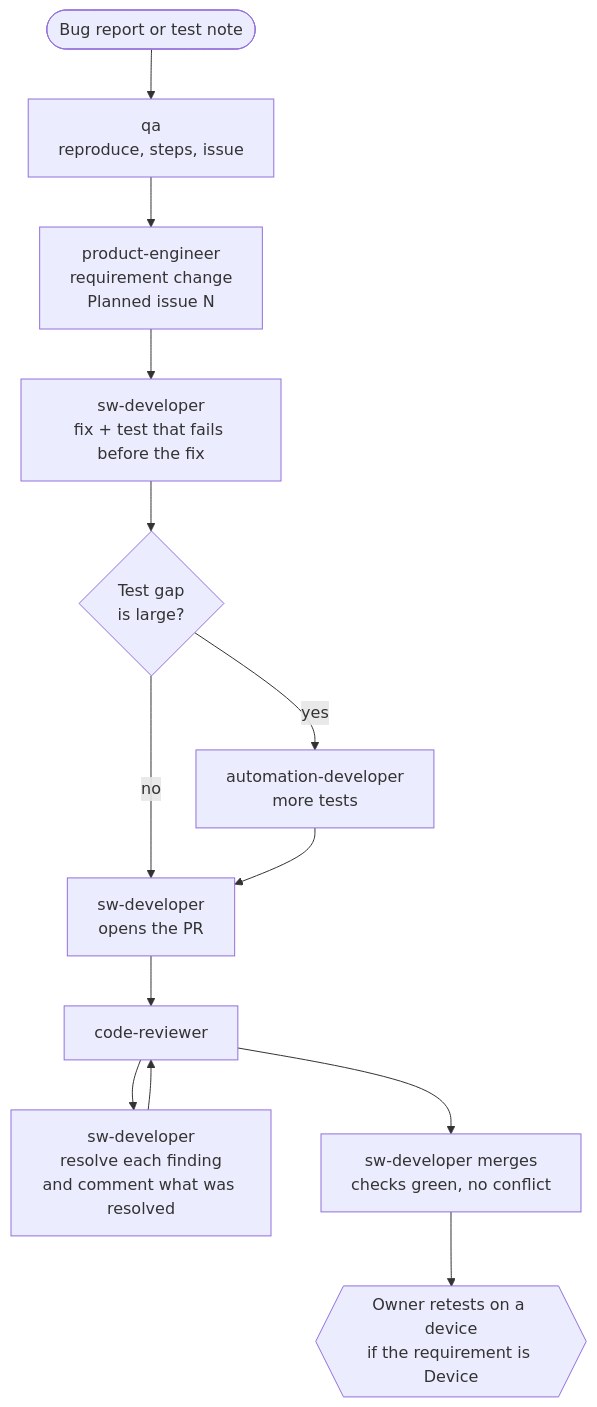
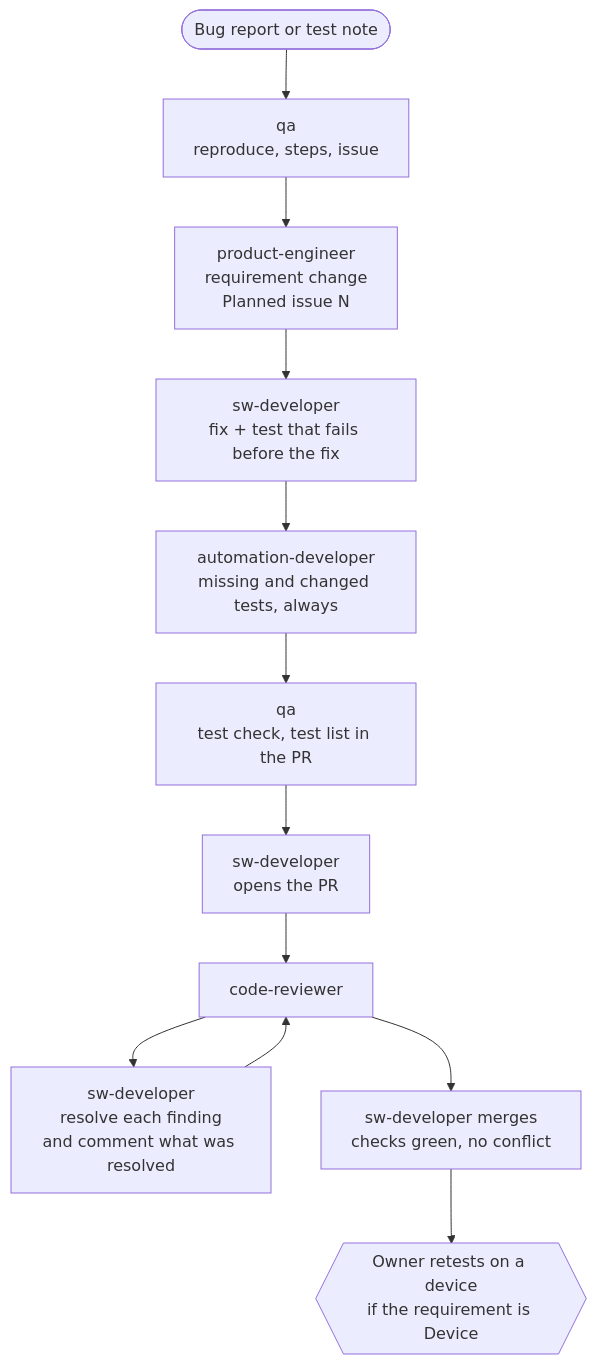
The second of 8 diagrams in docs/AGENTS.md (alonzo86/remote-play), drawn with Mermaid before and after one commit. The commit also changed other lines of this file and 7 other files, not shown here.

````diff
--- a/docs/AGENTS.md
+++ b/docs/AGENTS.md
@@ -53,15 +53,14 @@
 ```mermaid
 flowchart TD
     U0([Bug report or test note]) --> QA[qa<br/>reproduce, steps, issue]
     QA --> PE[product-engineer<br/>requirement change<br/>Planned issue N]
     PE --> DEV[sw-developer<br/>fix + test that fails before the fix]
-    DEV --> GAP{Test gap<br/>is large?}
-    GAP -- yes --> AUTO[automation-developer<br/>more tests]
-    GAP -- no --> PR
-    AUTO --> PR[sw-developer<br/>opens the PR]
+    DEV --> AUTO[automation-developer<br/>missing and changed tests, always]
+    AUTO --> QA2[qa<br/>test check, test list in the PR]
+    QA2 --> PR[sw-developer<br/>opens the PR]
     PR --> REV[code-reviewer]
     REV --> FIX[sw-developer<br/>resolve each finding<br/>and comment what was resolved]
     FIX --> REV
     REV --> MRG[sw-developer merges<br/>checks green, no conflict]
     MRG --> U1{{Owner retests on a device<br/>if the requirement is Device}}
 ```
````
